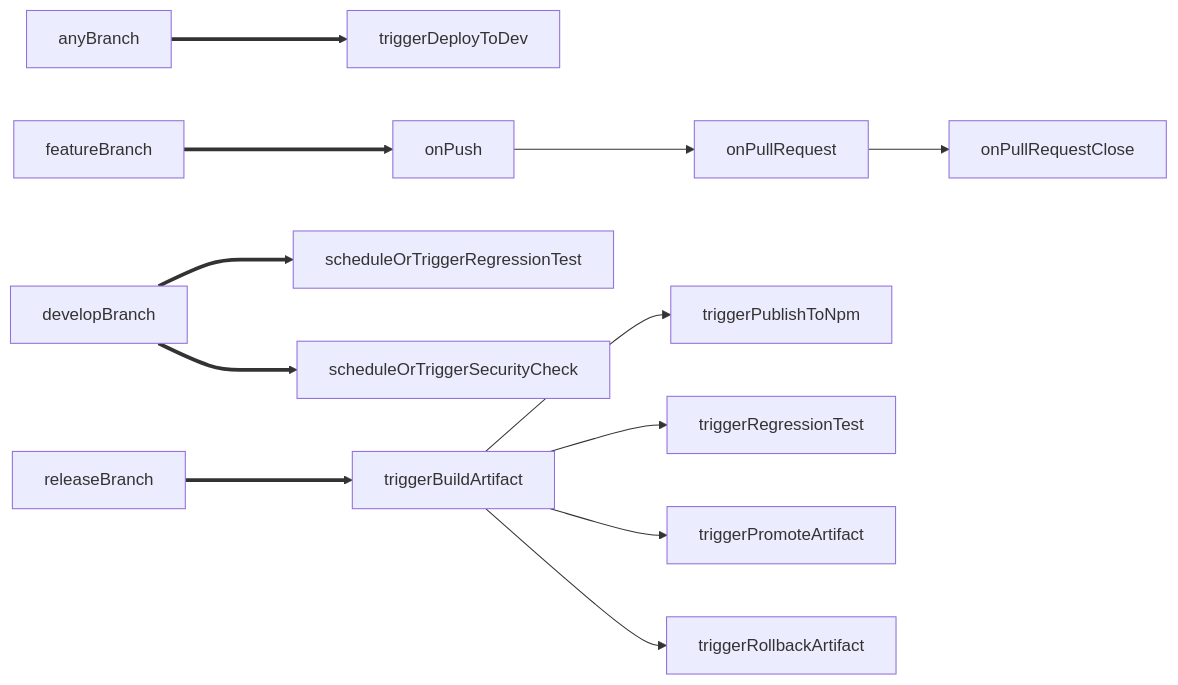
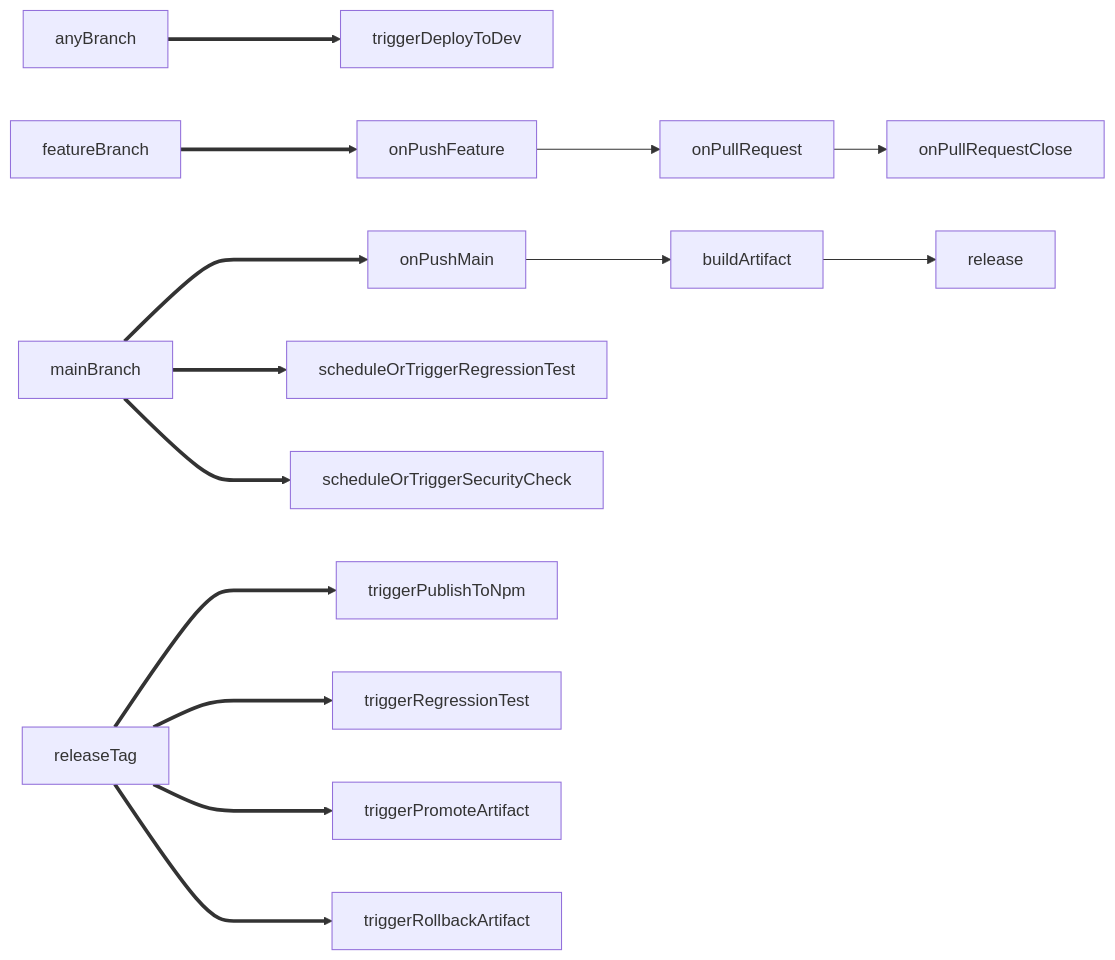
The first of 13 diagrams in docs/concept-pipeline.md (gnowth/gnowth), drawn with Mermaid before and after one commit. The commit also changed other lines of this file and 29 other files, not shown here.

````diff
--- a/docs/concept-pipeline.md
+++ b/docs/concept-pipeline.md
@@ -28,12 +28,14 @@
 ```mermaid
   graph LR
     anyBranch ===> triggerDeployToDev
 
-    featureBranch ===> onPush --> onPullRequest --> onPullRequestClose
+    featureBranch ===> onPushFeature --> onPullRequest --> onPullRequestClose
 
-    developBranch ===> scheduleOrTriggerRegressionTest
+    mainBranch ===> onPushMain --> buildArtifact --> release
 
-    developBranch ===> scheduleOrTriggerSecurityCheck
+    mainBranch ===> scheduleOrTriggerRegressionTest
 
-    releaseBranch ===> triggerBuildArtifact --> triggerPublishToNpm & triggerRegressionTest & triggerPromoteArtifact & triggerRollbackArtifact
+    mainBranch ===> scheduleOrTriggerSecurityCheck
+
+    releaseTag ===> triggerPublishToNpm & triggerRegressionTest & triggerPromoteArtifact & triggerRollbackArtifact
 ```
````
